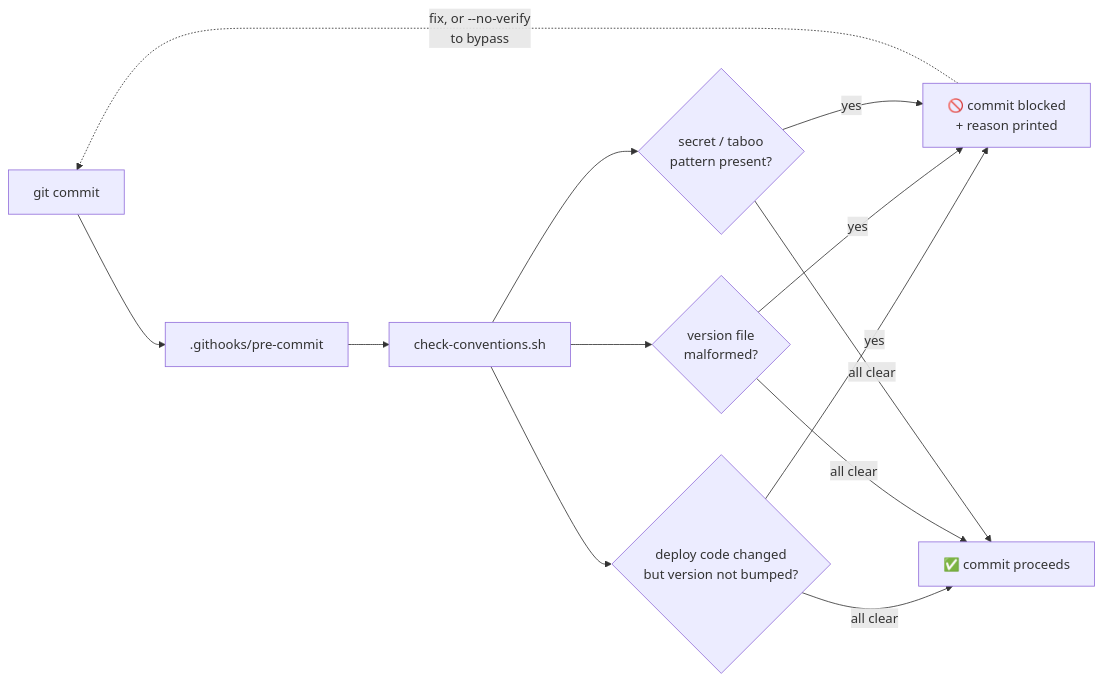
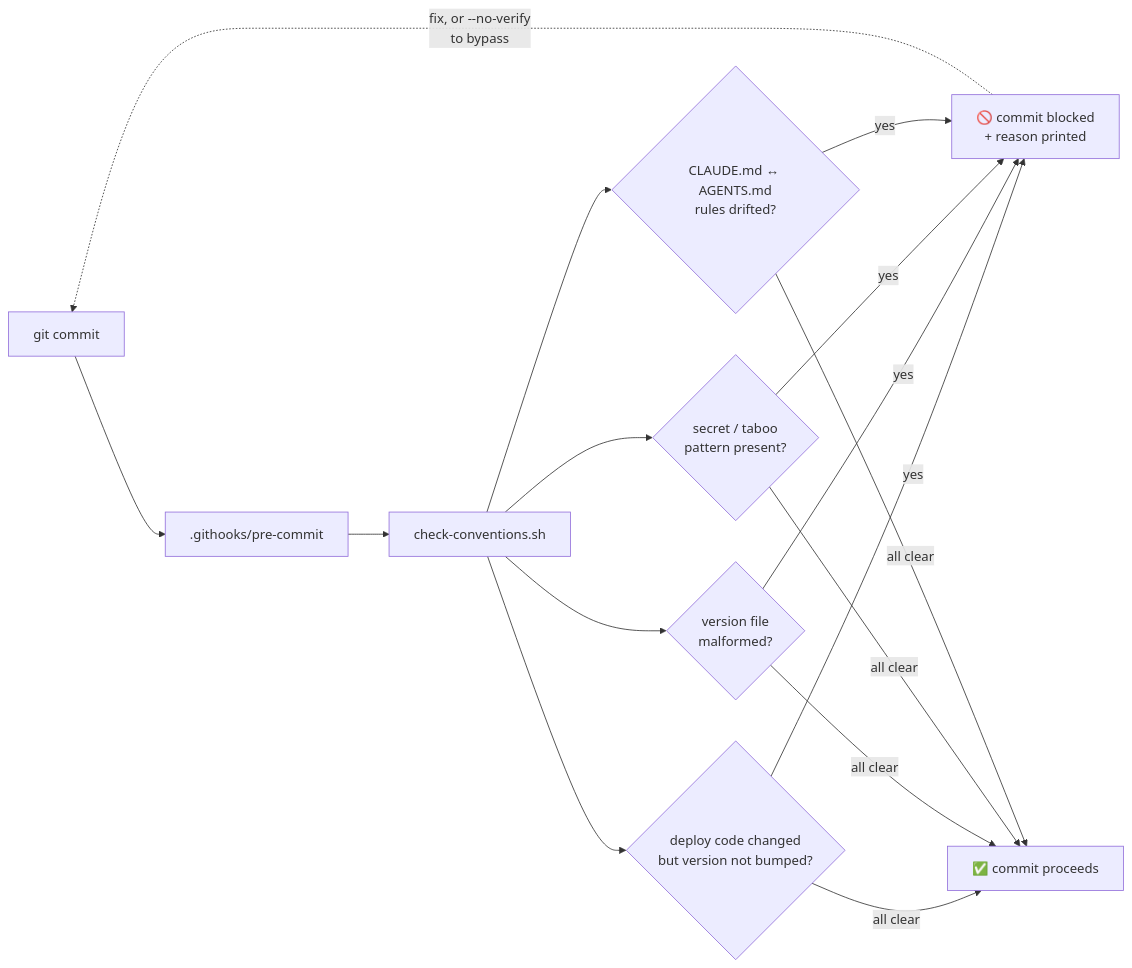
The second of 5 diagrams in README.md (icurfer/ic-praxis), drawn with Mermaid before and after one commit. The commit also changed other lines of this file and 12 other files, not shown here.

First line of the commit message:
feat: v0.4.0 — dual-agent (Claude Code + Codex): AGENTS.md entrypoint + Gate E drift sync

````diff
--- a/README.md
+++ b/README.md
@@ -75,13 +94,15 @@
 ```mermaid
 flowchart LR
     C["git commit"] --> H[".githooks/pre-commit"]
     H --> S["check-conventions.sh"]
     S --> G1{"deploy code changed<br/>but version not bumped?"}
     S --> G2{"version file<br/>malformed?"}
     S --> G3{"secret / taboo<br/>pattern present?"}
+    S --> G4{"CLAUDE.md ↔ AGENTS.md<br/>rules drifted?"}
     G1 -- yes --> X["🚫 commit blocked<br/>+ reason printed"]
     G2 -- yes --> X
     G3 -- yes --> X
-    G1 & G2 & G3 -- all clear --> OK["✅ commit proceeds"]
+    G4 -- yes --> X
+    G1 & G2 & G3 & G4 -- all clear --> OK["✅ commit proceeds"]
     X -. "fix, or --no-verify<br/>to bypass" .-> C
 ```
````
